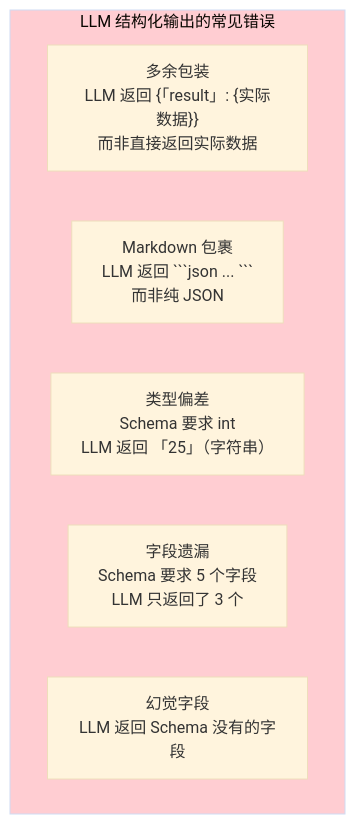
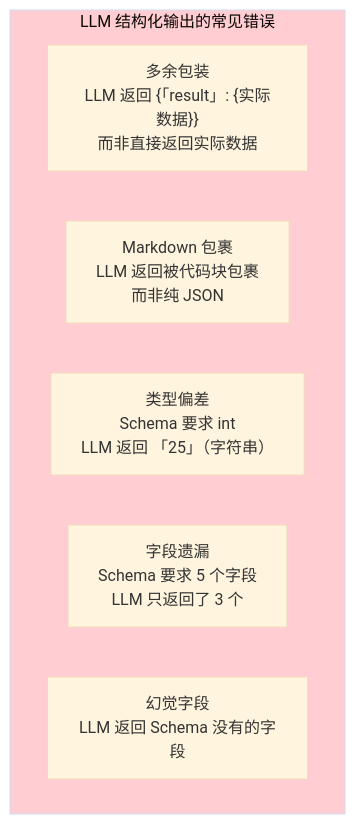
One commit to UranusGit/java-agent-learn changed the seventh of 7 diagrams in docs/教程/12-结构化输出.md. Above: the diagram before and after it, drawn with Mermaid (base theme). The commit also changed other lines of this file and 206 other files, not shown here.

````diff
--- a/docs/教程/12-结构化输出.md
+++ b/docs/教程/12-结构化输出.md
@@ -388,12 +391,12 @@
 ```mermaid
 graph TB
     subgraph 常见错误["LLM 结构化输出的常见错误"]
         E1["多余包装<br/>LLM 返回 {「result」: {实际数据}}<br/>而非直接返回实际数据"]
-        E2["Markdown 包裹<br/>LLM 返回 ```json ... ```<br/>而非纯 JSON"]
+        E2["Markdown 包裹<br/>LLM 返回被代码块包裹<br/>而非纯 JSON"]
         E3["类型偏差<br/>Schema 要求 int<br/>LLM 返回 「25」（字符串）"]
         E4["字段遗漏<br/>Schema 要求 5 个字段<br/>LLM 只返回了 3 个"]
         E5["幻觉字段<br/>LLM 返回 Schema 没有的字段"]
     end
 
     style 常见错误 fill:#ffcdd2
 ```
````
